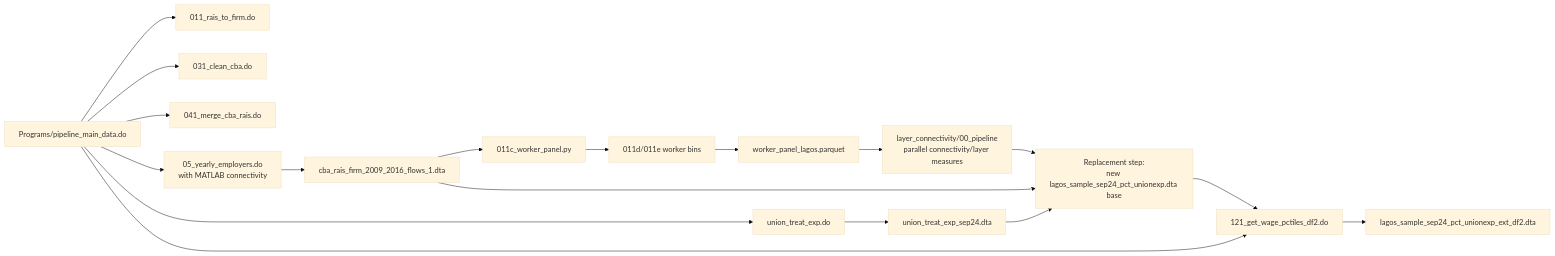
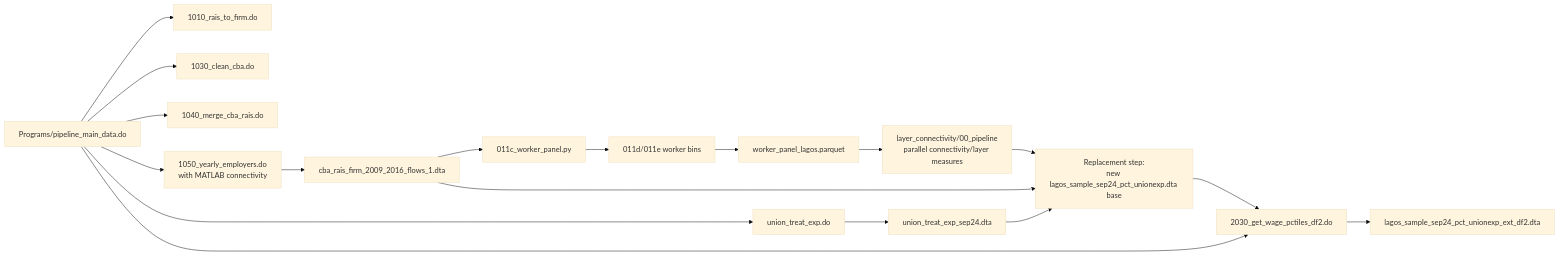
One commit to lgg3230/UnionSpill changed the second of 2 diagrams in Docs/DATASET_CONSTRUCTION_FLOWCHART.md. Above: the diagram before and after it, drawn with Mermaid (base theme). The commit also changed other lines of this file and 227 other files, not shown here.

````diff
--- a/Docs/DATASET_CONSTRUCTION_FLOWCHART.md
+++ b/Docs/DATASET_CONSTRUCTION_FLOWCHART.md
@@ -111,20 +111,20 @@
 ```mermaid
 flowchart LR
-    A[Programs/pipeline_main_data.do] --> B[011_rais_to_firm.do]
-    A --> C[031_clean_cba.do]
-    A --> D[041_merge_cba_rais.do]
-    A --> E[05_yearly_employers.do<br/>with MATLAB connectivity]
+    A[Programs/pipeline_main_data.do] --> B[1010_rais_to_firm.do]
+    A --> C[1030_clean_cba.do]
+    A --> D[1040_merge_cba_rais.do]
+    A --> E[1050_yearly_employers.do<br/>with MATLAB connectivity]
     E --> H[cba_rais_firm_2009_2016_flows_1.dta]
     H --> W[011c_worker_panel.py]
     W --> X[011d/011e worker bins]
     X --> Y[worker_panel_lagos.parquet]
     Y --> Z[layer_connectivity/00_pipeline<br/>parallel connectivity/layer measures]
     A --> F[union_treat_exp.do]
     F --> I[union_treat_exp_sep24.dta]
     H --> J[Replacement step:<br/>new lagos_sample_sep24_pct_unionexp.dta base]
     I --> J
     Z --> J
     J --> G
-    A --> G[121_get_wage_pctiles_df2.do]
+    A --> G[2030_get_wage_pctiles_df2.do]
     G --> K[lagos_sample_sep24_pct_unionexp_ext_df2.dta]
 ```
````
